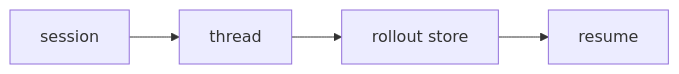
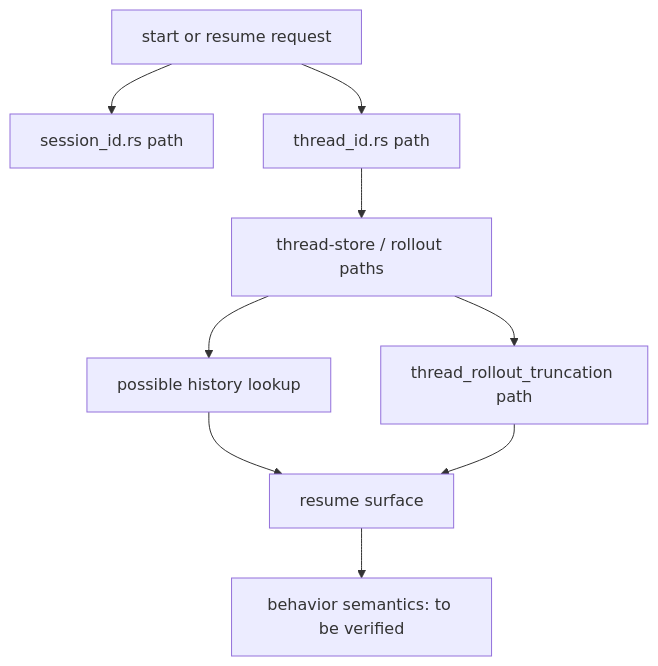
The diagram in chapters/s08_sessions_threads_rollout/diagram.mmd (shihao-zhang/learn-codex), drawn with Mermaid before and after one commit. The commit also changed other lines of this file and 43 other files, not shown here.

```diff
--- a/chapters/s08_sessions_threads_rollout/diagram.mmd
+++ b/chapters/s08_sessions_threads_rollout/diagram.mmd
@@ -1,4 +1,9 @@
-flowchart LR
-    A["session"] --> B["thread"]
-    B --> C["rollout store"]
-    C --> D["resume"]
+flowchart TD
+    A["start or resume request"] --> B["session_id.rs path"]
+    A --> C["thread_id.rs path"]
+    C --> D["thread-store / rollout paths"]
+    D --> E["possible history lookup"]
+    D --> F["thread_rollout_truncation path"]
+    E --> G["resume surface"]
+    F --> G
+    G --> H["behavior semantics: to be verified"]
```
